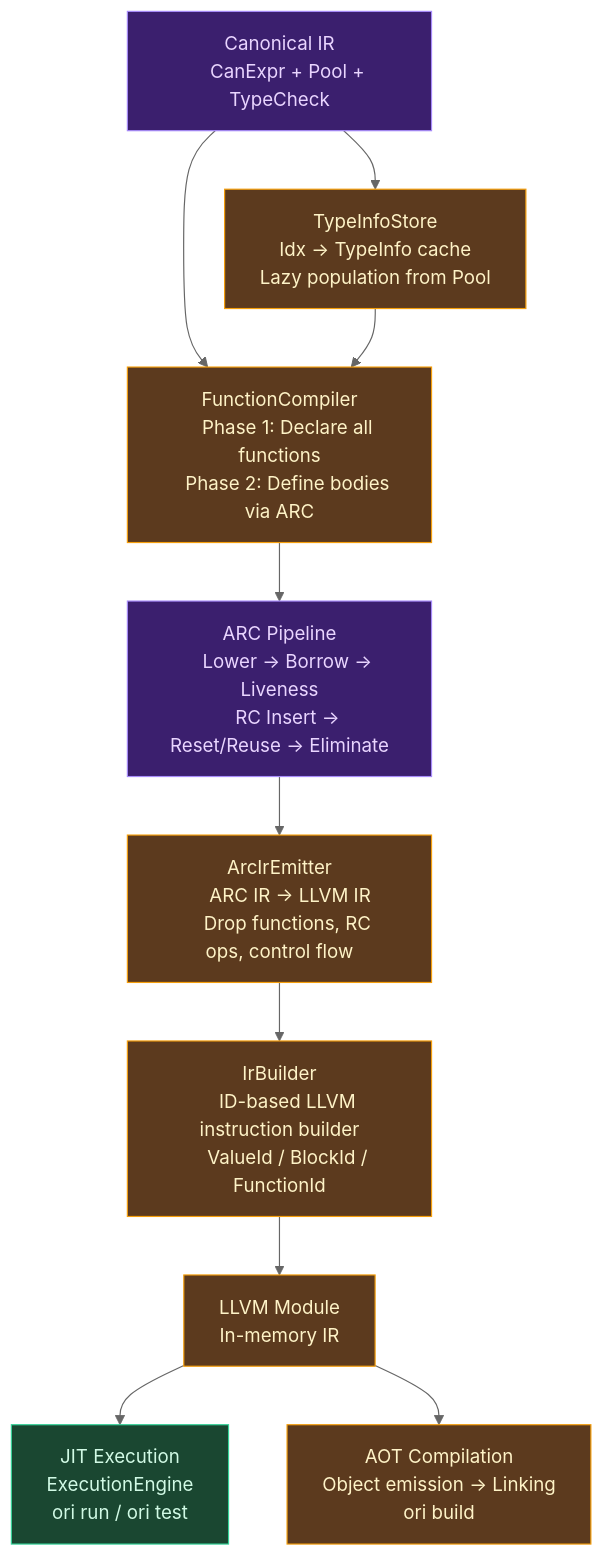
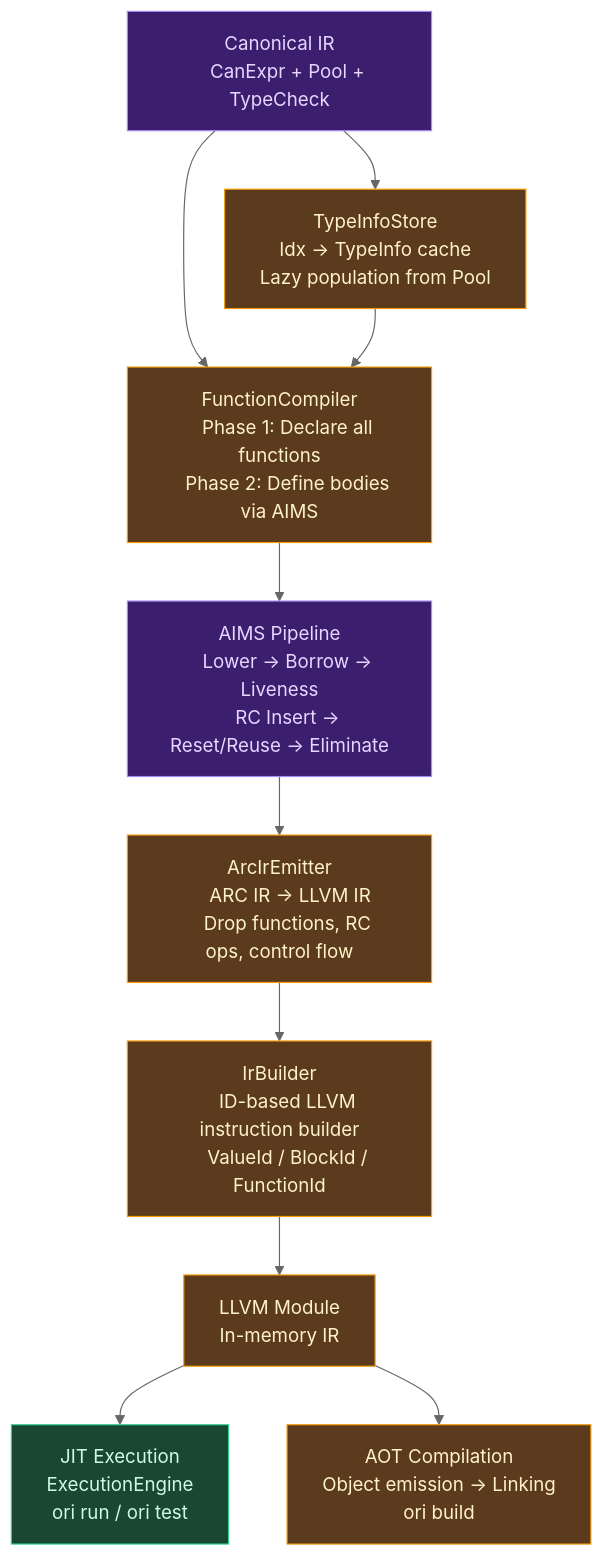
Before and after one commit to upstat-io/ori-lang: the first of 3 diagrams in docs/compiler/design/10-llvm-backend/index.md, drawn with Mermaid (neutral theme). The commit also changed other lines of this file and 51 other files, not shown here.

````diff
--- a/docs/compiler/design/10-llvm-backend/index.md
+++ b/docs/compiler/design/10-llvm-backend/index.md
@@ -84,61 +84,61 @@
 ```mermaid
 flowchart TB
     Canon["Canonical IR
     CanExpr + Pool + TypeCheck"]
 
     TypeInfo["TypeInfoStore
     Idx → TypeInfo cache
     Lazy population from Pool"]
 
     FuncComp["FunctionCompiler
     Phase 1: Declare all functions
-    Phase 2: Define bodies via ARC"]
+    Phase 2: Define bodies via AIMS"]
 
-    ArcPipeline["ARC Pipeline
+    ArcPipeline["AIMS Pipeline
     Lower → Borrow → Liveness
     RC Insert → Reset/Reuse → Eliminate"]
 
     Emitter["ArcIrEmitter
     ARC IR → LLVM IR
     Drop functions, RC ops, control flow"]
 
     Builder["IrBuilder
     ID-based LLVM instruction builder
     ValueId / BlockId / FunctionId"]
 
     Module["LLVM Module
     In-memory IR"]
 
     JIT["JIT Execution
     ExecutionEngine
     ori run / ori test"]
 
     AOT["AOT Compilation
     Object emission → Linking
     ori build"]
 
     Canon --> TypeInfo
     Canon --> FuncComp
     TypeInfo --> FuncComp
     FuncComp --> ArcPipeline
     ArcPipeline --> Emitter
     Emitter --> Builder
     Builder --> Module
     Module --> JIT
     Module --> AOT
 
     classDef frontend fill:#1e3a5f,stroke:#60a5fa,color:#dbeafe
     classDef canon fill:#3b1f6e,stroke:#a78bfa,color:#e9d5ff
     classDef interpreter fill:#1a4731,stroke:#34d399,color:#d1fae5
     classDef native fill:#5c3a1e,stroke:#f59e0b,color:#fef3c7
 
     class Canon canon
     class TypeInfo native
     class FuncComp native
     class ArcPipeline canon
     class Emitter native
     class Builder native
     class Module native
     class JIT interpreter
     class AOT native
 ```
````
